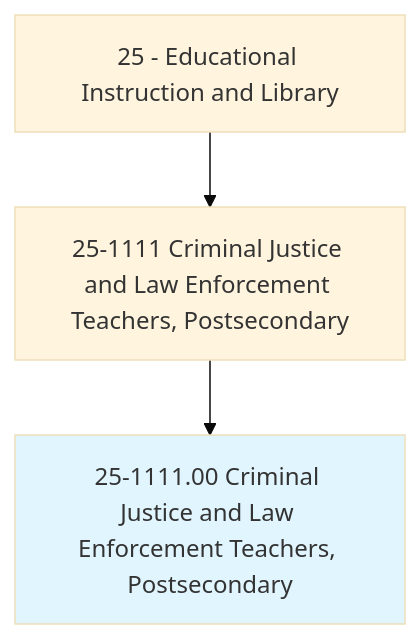
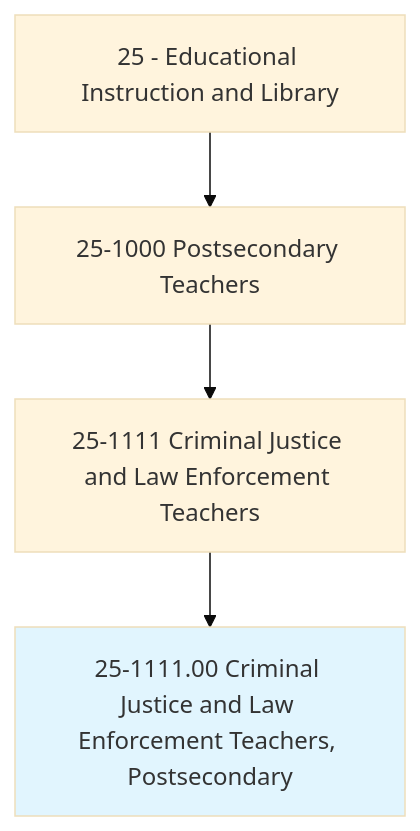
The first of 4 diagrams in occupations/Education/CriminalJusticeAndLawEnforcementTeachersPostsecondary.mdx (kziemski/business.org.ai), drawn with Mermaid (base theme) before and after one commit. The commit also changed other lines of this file and 938 other files, not shown here.

````diff
--- a/occupations/Education/CriminalJusticeAndLawEnforcementTeachersPostsecondary.mdx
+++ b/occupations/Education/CriminalJusticeAndLawEnforcementTeachersPostsecondary.mdx
@@ -19,6 +23,7 @@
 ```mermaid
 graph TD
-    Cat25["25 - Educational Instruction and Library"] --> Group251111["25-1111 Criminal Justice and Law Enforcement Teachers, Postsecondary"]
+    Cat25["25 - Educational Instruction and Library"] --> Group251["25-1000 Postsecondary Teachers"]
+    Group251 --> Group251111["25-1111 Criminal Justice and Law Enforcement Teachers"]
     Group251111 --> Current["25-1111.00 Criminal Justice and Law Enforcement Teachers, Postsecondary"]
     style Current fill:#e1f5fe
 ```
````
